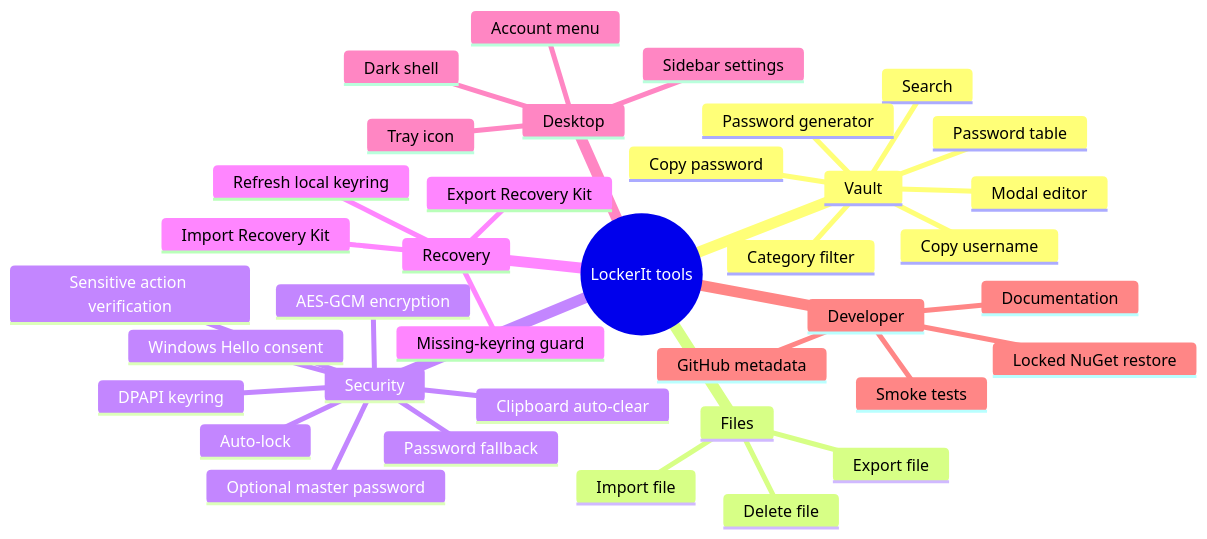
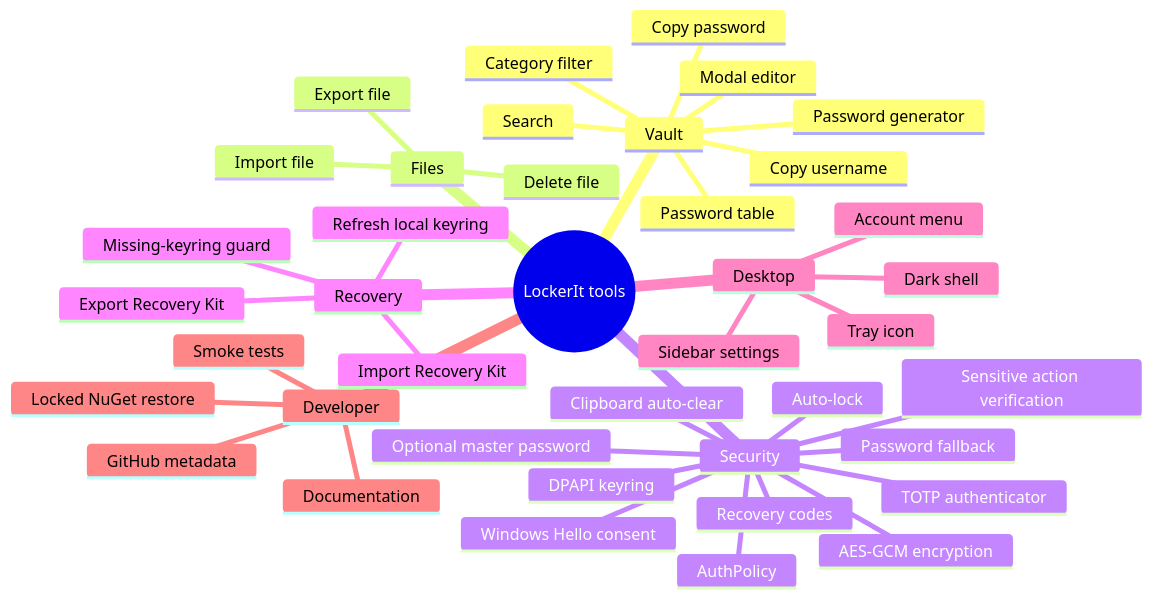
One commit to viamus/locker-it changed the second of 4 diagrams in README.md. Above: the diagram before and after it, drawn with Mermaid. The commit also changed other lines of this file and 22 other files, not shown here.

Commit message:
Add AuthPolicy TOTP gate

````diff
--- a/README.md
+++ b/README.md
@@ -66,40 +70,43 @@
 ```mermaid
 mindmap
   root((LockerIt tools))
     Vault
       Password table
       Category filter
       Search
       Modal editor
       Copy username
       Copy password
       Password generator
     Files
       Import file
       Export file
       Delete file
     Security
       Windows Hello consent
       Password fallback
       DPAPI keyring
       Optional master password
+      AuthPolicy
+      TOTP authenticator
+      Recovery codes
       AES-GCM encryption
       Clipboard auto-clear
       Auto-lock
       Sensitive action verification
     Recovery
       Export Recovery Kit
       Import Recovery Kit
       Refresh local keyring
       Missing-keyring guard
     Desktop
       Dark shell
       Sidebar settings
       Account menu
       Tray icon
     Developer
       Locked NuGet restore
       Smoke tests
       GitHub metadata
       Documentation
 ```
````
